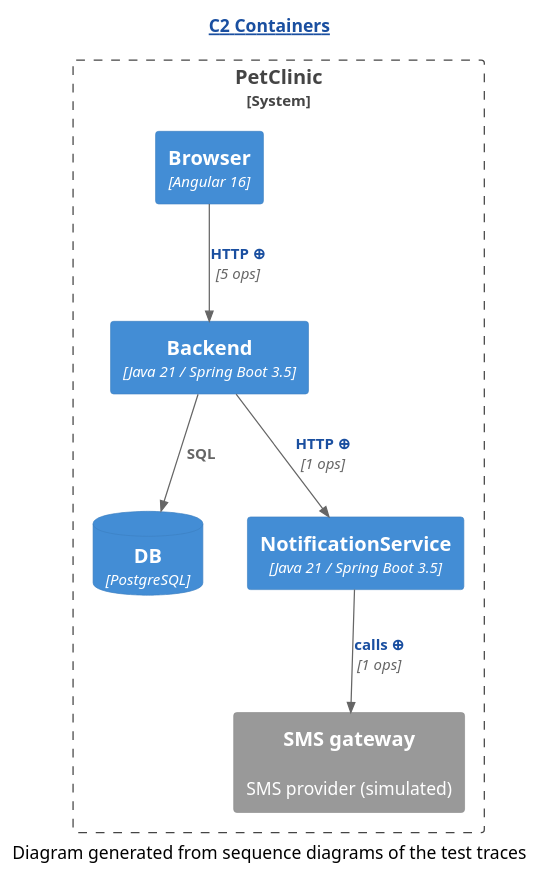
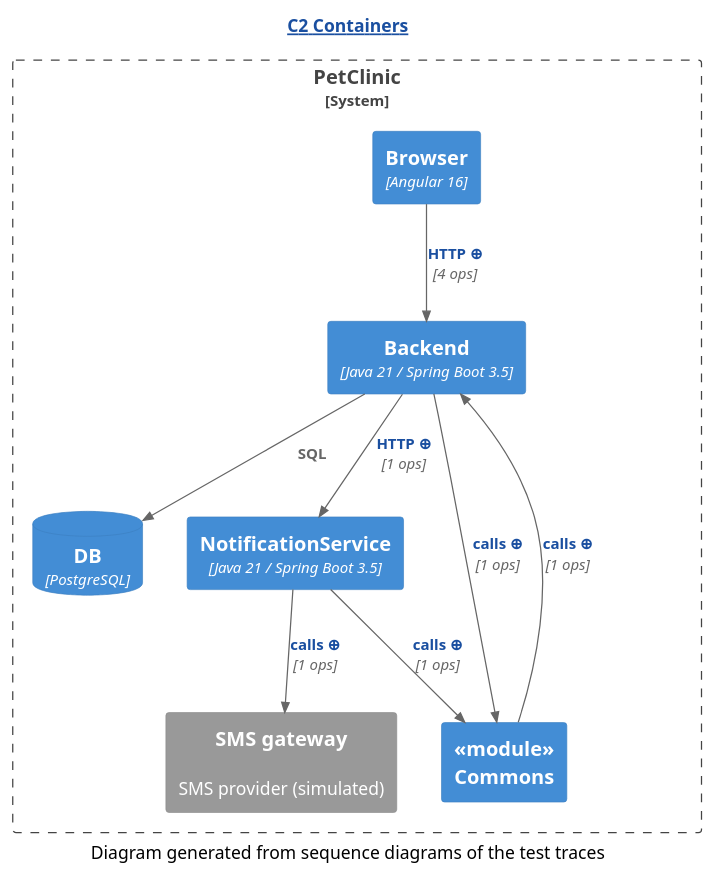
The diagram in demo/demo/assets/c2/C2-Containers.new.puml (Winandvdb/human-review), drawn with PlantUML before and after one commit. The commit also changed 97 other files, not shown here.

```diff
--- a/demo/demo/assets/c2/C2-Containers.new.puml
+++ b/demo/demo/assets/c2/C2-Containers.new.puml
@@ -1,20 +1,24 @@
 @startuml
 ' ⚠️  GENERATED — projected from the sequence diagrams by c2-from-sequence.py.
 !include <C4/C4_Container>
 HIDE_STEREOTYPE()
 skinparam hyperlinkUnderline false
 skinparam hyperlinkColor #1A4FA0
 title [[https://c4model.com/diagrams/container{What is a C2 diagram?} C2 Containers]]
 System_Boundary(c2_system, "PetClinic") {
   Container(Backend, "Backend", "Java 21 / Spring Boot 3.5", "")
   Container(Browser, "Browser", "Angular 16", "")
   ContainerDb(DB, "DB", "PostgreSQL", "")
   Container(NotificationService, "NotificationService", "Java 21 / Spring Boot 3.5", "")
   System_Ext(SMS_gateway, "SMS gateway", "SMS provider (simulated)", "")
+  Container(_module__nCommons, "«module»\nCommons", "", "")
 }
 Rel(Backend, DB, "SQL", "")
 Rel(Backend, NotificationService, "[[genseq://c2-279a196c9d{Click for the calls behind this line} HTTP ⊕]]", "1 ops")
-Rel(Browser, Backend, "[[genseq://c2-fb35163739{Click for the calls behind this line} HTTP ⊕]]", "5 ops")
+Rel(Backend, _module__nCommons, "[[genseq://c2-103d57f8db{Click for the calls behind this line} calls ⊕]]", "1 ops")
+Rel(Browser, Backend, "[[genseq://c2-43d2943456{Click for the calls behind this line} HTTP ⊕]]", "4 ops")
 Rel(NotificationService, SMS_gateway, "[[genseq://c2-cb01a30b7a{Click for the calls behind this line} calls ⊕]]", "1 ops")
+Rel(NotificationService, _module__nCommons, "[[genseq://c2-e128eb6ba0{Click for the calls behind this line} calls ⊕]]", "1 ops")
+Rel(_module__nCommons, Backend, "[[genseq://c2-cd32149db2{Click for the calls behind this line} calls ⊕]]", "1 ops")
 caption Diagram generated from sequence diagrams of the test traces
 @enduml
```
